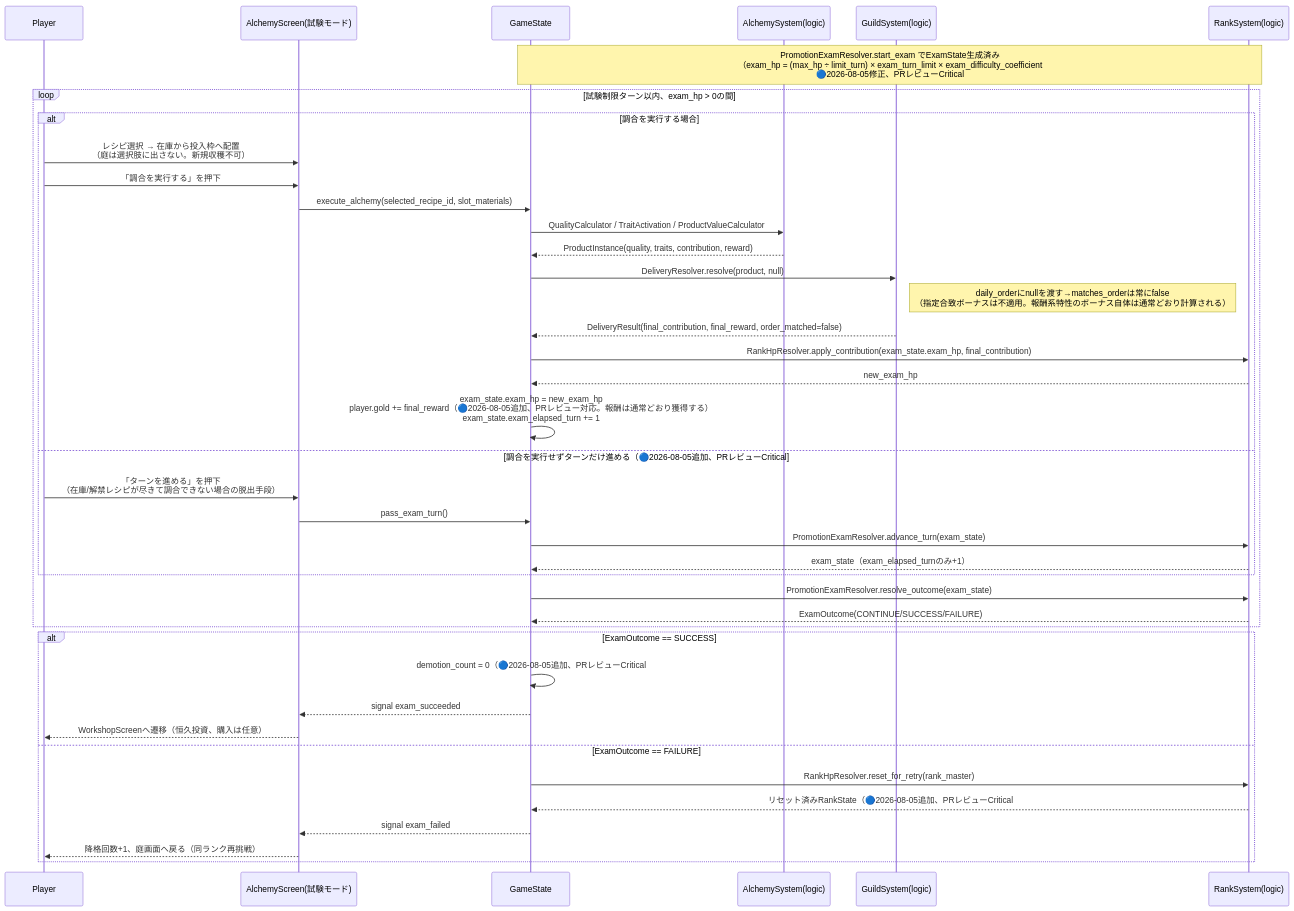
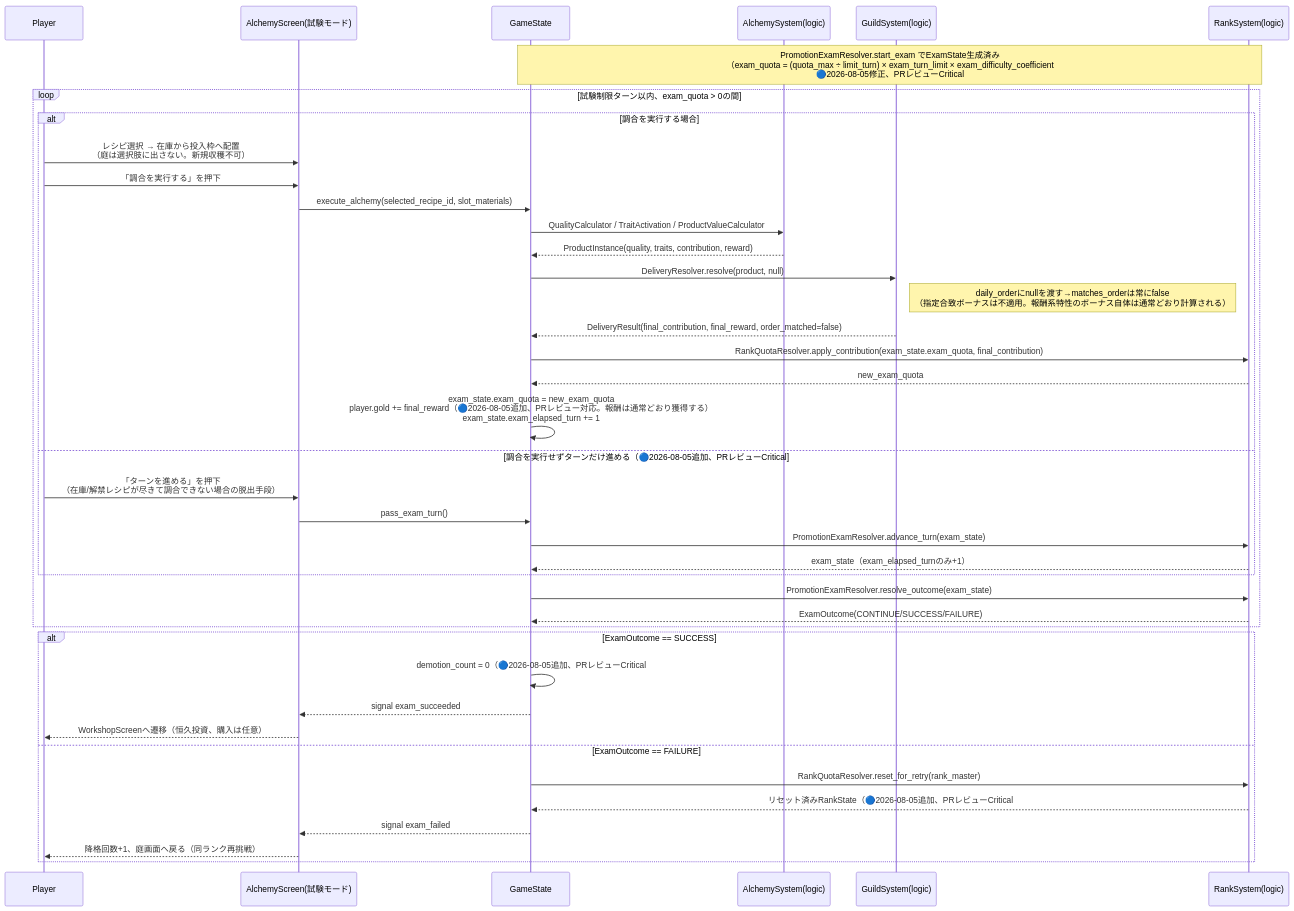
Before and after one commit to yaguma/alchemy-atelier: the fourth of 5 diagrams in docs/design/atelier-alchemy-core/dataflow.md, drawn with Mermaid. The commit also changed other lines of this file and 13 other files, not shown here.

````diff
--- a/docs/design/atelier-alchemy-core/dataflow.md
+++ b/docs/design/atelier-alchemy-core/dataflow.md
@@ -148,50 +150,50 @@
 ```mermaid
 sequenceDiagram
     participant Player
     participant AlchemyUI as AlchemyScreen(試験モード)
     participant GameState
     participant AlchemyLogic as AlchemySystem(logic)
     participant GuildLogic as GuildSystem(logic)
     participant RankLogic as RankSystem(logic)
 
-    Note over GameState,RankLogic: PromotionExamResolver.start_exam でExamState生成済み<br/>（exam_hp = (max_hp ÷ limit_turn) × exam_turn_limit × exam_difficulty_coefficient<br/>🔵2026-08-05修正、PRレビューCritical#5対応。旧式「max_hp×倍率」は成立しなかったため撤回）
+    Note over GameState,RankLogic: PromotionExamResolver.start_exam でExamState生成済み<br/>（exam_quota = (quota_max ÷ limit_turn) × exam_turn_limit × exam_difficulty_coefficient<br/>🔵2026-08-05修正、PRレビューCritical#5対応。旧式「quota_max×倍率」は成立しなかったため撤回）
 
-    loop 試験制限ターン以内、exam_hp > 0の間
+    loop 試験制限ターン以内、exam_quota > 0の間
         alt 調合を実行する場合
             Player->>AlchemyUI: レシピ選択 → 在庫から投入枠へ配置<br/>（庭は選択肢に出さない。新規収穫不可）
             Player->>AlchemyUI: 「調合を実行する」を押下
             AlchemyUI->>GameState: execute_alchemy(selected_recipe_id, slot_materials)
 
             GameState->>AlchemyLogic: QualityCalculator / TraitActivation / ProductValueCalculator
             AlchemyLogic-->>GameState: ProductInstance(quality, traits, contribution, reward)
 
             GameState->>GuildLogic: DeliveryResolver.resolve(product, null)
             Note right of GuildLogic: daily_orderにnullを渡す→matches_orderは常にfalse<br/>（指定合致ボーナスは不適用。報酬系特性のボーナス自体は通常どおり計算される）
             GuildLogic-->>GameState: DeliveryResult(final_contribution, final_reward, order_matched=false)
 
-            GameState->>RankLogic: RankHpResolver.apply_contribution(exam_state.exam_hp, final_contribution)
-            RankLogic-->>GameState: new_exam_hp
+            GameState->>RankLogic: RankQuotaResolver.apply_contribution(exam_state.exam_quota, final_contribution)
+            RankLogic-->>GameState: new_exam_quota
 
-            GameState->>GameState: exam_state.exam_hp = new_exam_hp<br/>player.gold += final_reward（🔵2026-08-05追加、PRレビュー対応。報酬は通常どおり獲得する）<br/>exam_state.exam_elapsed_turn += 1
+            GameState->>GameState: exam_state.exam_quota = new_exam_quota<br/>player.gold += final_reward（🔵2026-08-05追加、PRレビュー対応。報酬は通常どおり獲得する）<br/>exam_state.exam_elapsed_turn += 1
         else 調合を実行せずターンだけ進める（🔵2026-08-05追加、PRレビューCritical#10対応）
             Player->>AlchemyUI: 「ターンを進める」を押下<br/>（在庫/解禁レシピが尽きて調合できない場合の脱出手段）
             AlchemyUI->>GameState: pass_exam_turn()
             GameState->>RankLogic: PromotionExamResolver.advance_turn(exam_state)
             RankLogic-->>GameState: exam_state（exam_elapsed_turnのみ+1）
         end
 
         GameState->>RankLogic: PromotionExamResolver.resolve_outcome(exam_state)
         RankLogic-->>GameState: ExamOutcome(CONTINUE/SUCCESS/FAILURE)
     end
 
     alt ExamOutcome == SUCCESS
         GameState->>GameState: demotion_count = 0（🔵2026-08-05追加、PRレビューCritical#3対応）
         GameState-->>AlchemyUI: signal exam_succeeded
         AlchemyUI-->>Player: WorkshopScreenへ遷移（恒久投資、購入は任意）
     else ExamOutcome == FAILURE
-        GameState->>RankLogic: RankHpResolver.reset_for_retry(rank_master)
+        GameState->>RankLogic: RankQuotaResolver.reset_for_retry(rank_master)
         RankLogic-->>GameState: リセット済みRankState（🔵2026-08-05追加、PRレビューCritical#3対応）
         GameState-->>AlchemyUI: signal exam_failed
         AlchemyUI-->>Player: 降格回数+1、庭画面へ戻る（同ランク再挑戦）
     end
 ```
````
